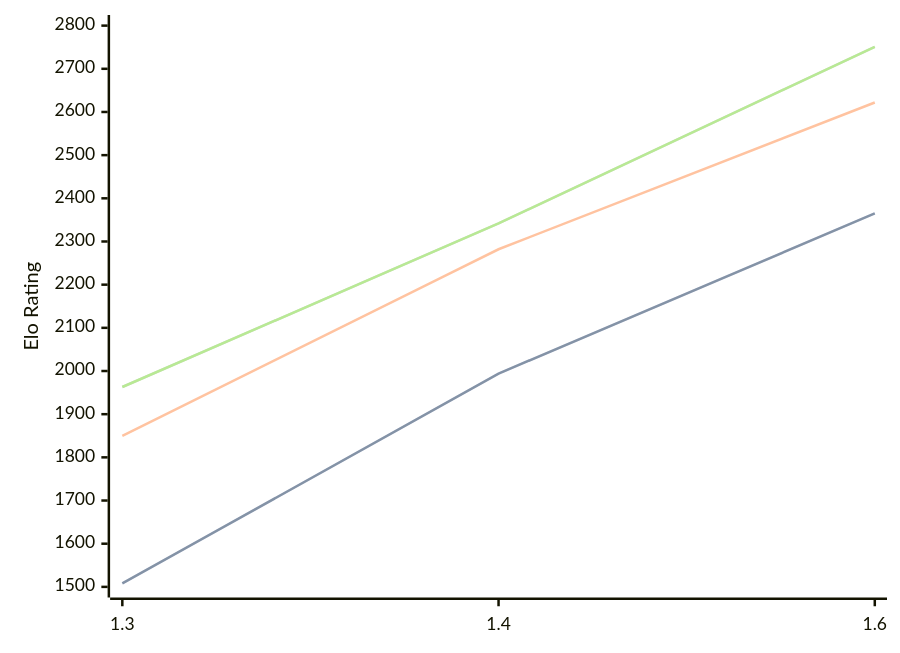
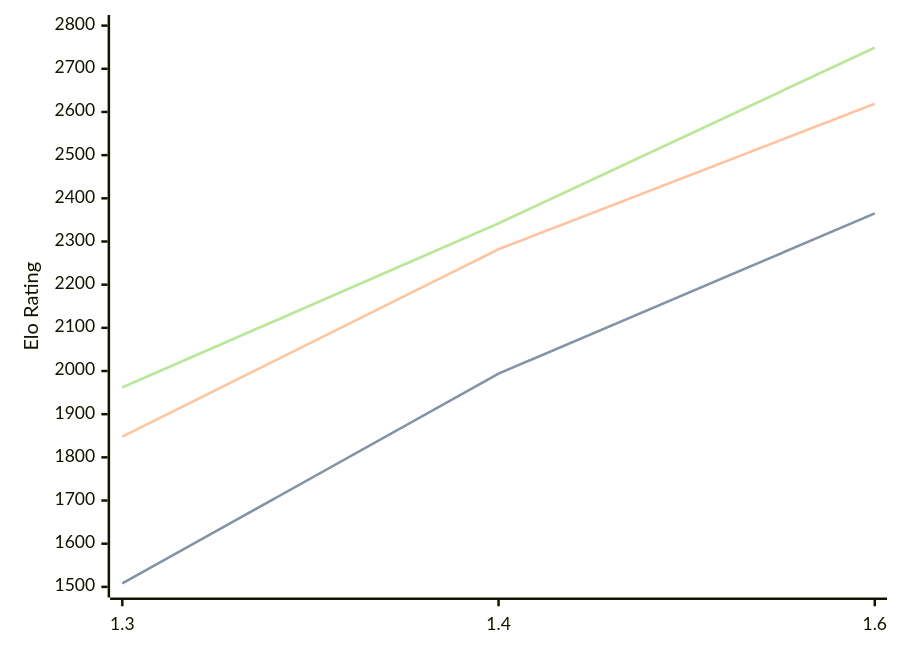
One commit to computer-chess-index/cci changed the third of 3 diagrams in engines/Facon.md. Above: the diagram before and after it, drawn with Mermaid. The commit also changed other lines of this file, not shown here.

Commit message:
Update CCI Ratings (ELO VLTC) - 2026-06-19

````diff
--- a/engines/Facon.md
+++ b/engines/Facon.md
@@ -70,11 +70,11 @@
 ```mermaid
 %%{init: {"theme":"base","themeVariables":{"seriesColors:['#a3a3a3','#222221','#faa371']}}}%%
 xychart-beta
   x-axis ["1.3", "1.4", "1.6"]
   y-axis "Elo Rating" 1500 --> 2800
   line "STC (8.0+0.08s)" [1508, 1994, 2365]
   line "STC (8.0+0.08s)" [1508, 1994, 2365]
-  line "LTC (60.0+0.60s)" [1850, 2282, 2622]
-  line "VLTC (2m24s+1.12s)" [1963, 2342, 2751]
-  line "VLTC (2m24s+1.12s)" [1963, 2342, 2751]
+  line "LTC (60.0+0.60s)" [1848, 2282, 2619]
+  line "VLTC (2m24s+1.12s)" [1962, 2342, 2749]
+  line "VLTC (2m24s+1.12s)" [1962, 2342, 2749]
 ```
````
